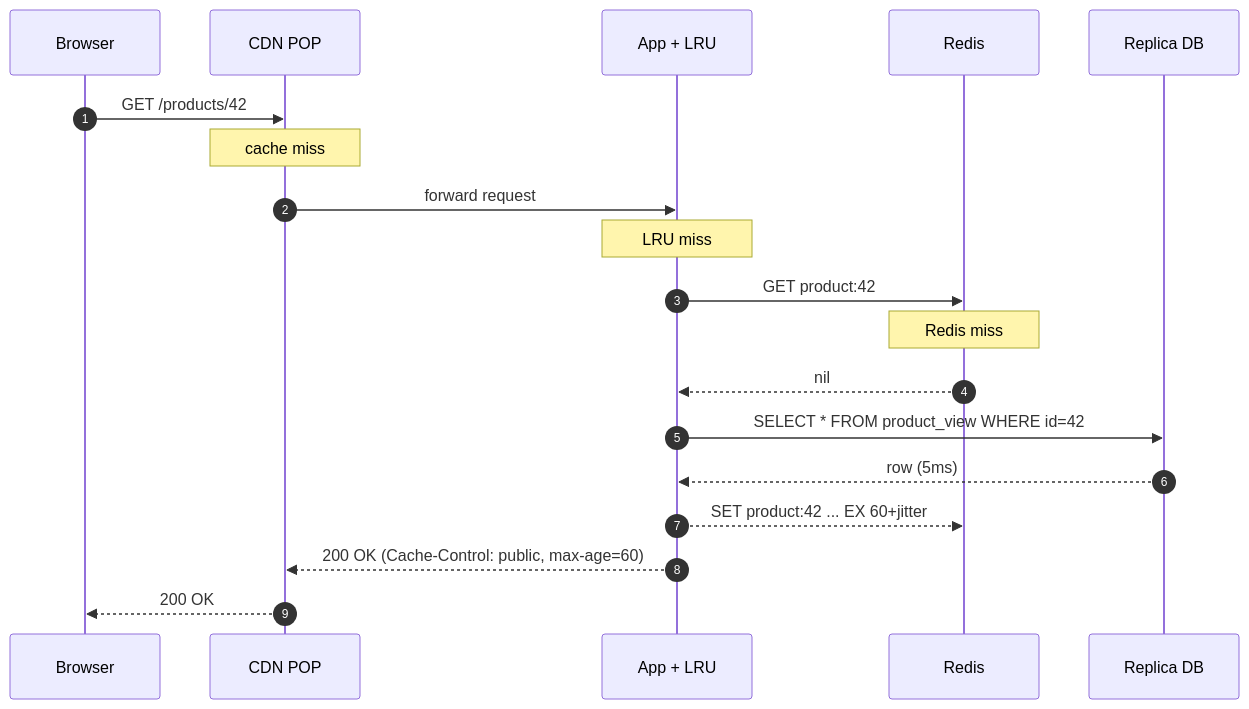
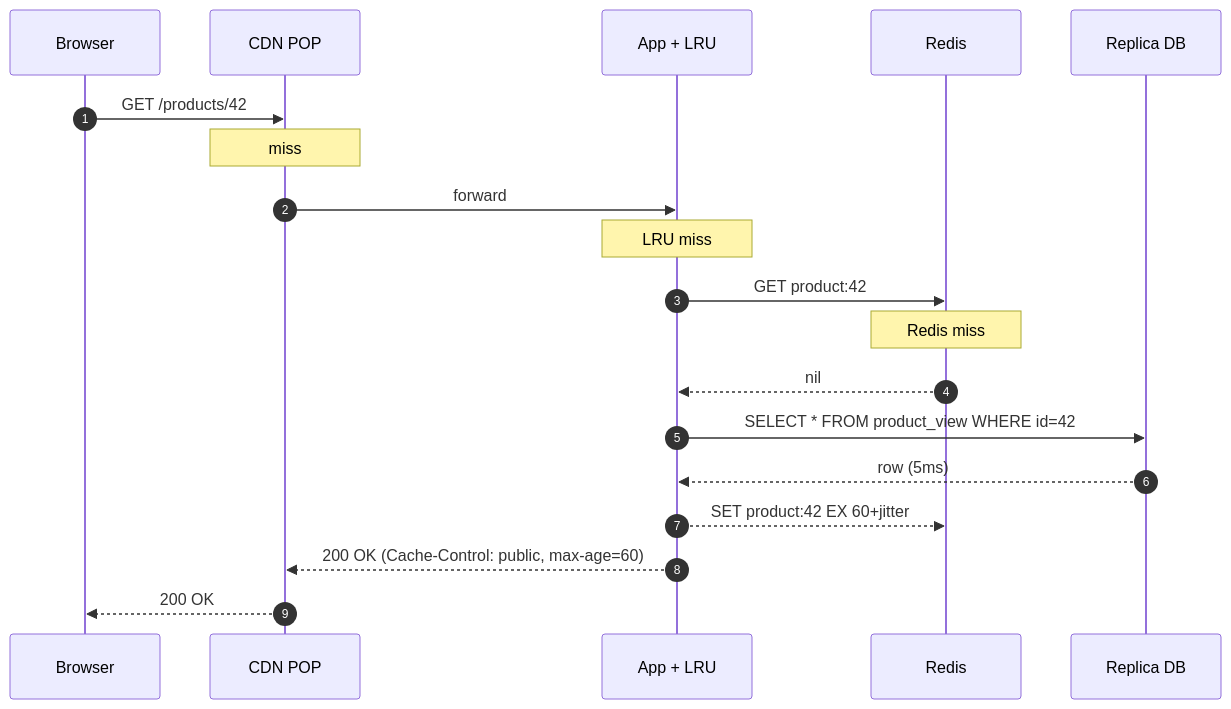
One commit to shiningflash/system-design changed diagram 11 of 13 in problems/017-read-heavy-patterns/question.md. Above: the diagram before and after it, drawn with Mermaid. The commit also changed other lines of this file and 37 other files, not shown here.

````diff
--- a/problems/017-read-heavy-patterns/question.md
+++ b/problems/017-read-heavy-patterns/question.md
@@ -424,22 +370,22 @@
 ```mermaid
 sequenceDiagram
     autonumber
     participant B as Browser
     participant CDN as CDN POP
     participant App as App + LRU
     participant R as Redis
     participant Rep as Replica DB
 
     B->>CDN: GET /products/42
-    Note over CDN: cache miss
-    CDN->>App: forward request
+    Note over CDN: miss
+    CDN->>App: forward
     Note over App: LRU miss
     App->>R: GET product:42
     Note over R: Redis miss
     R-->>App: nil
     App->>Rep: SELECT * FROM product_view WHERE id=42
     Rep-->>App: row (5ms)
-    App-->>R: SET product:42 ... EX 60+jitter
+    App-->>R: SET product:42 EX 60+jitter
     App-->>CDN: 200 OK (Cache-Control: public, max-age=60)
     CDN-->>B: 200 OK
 ```
````
